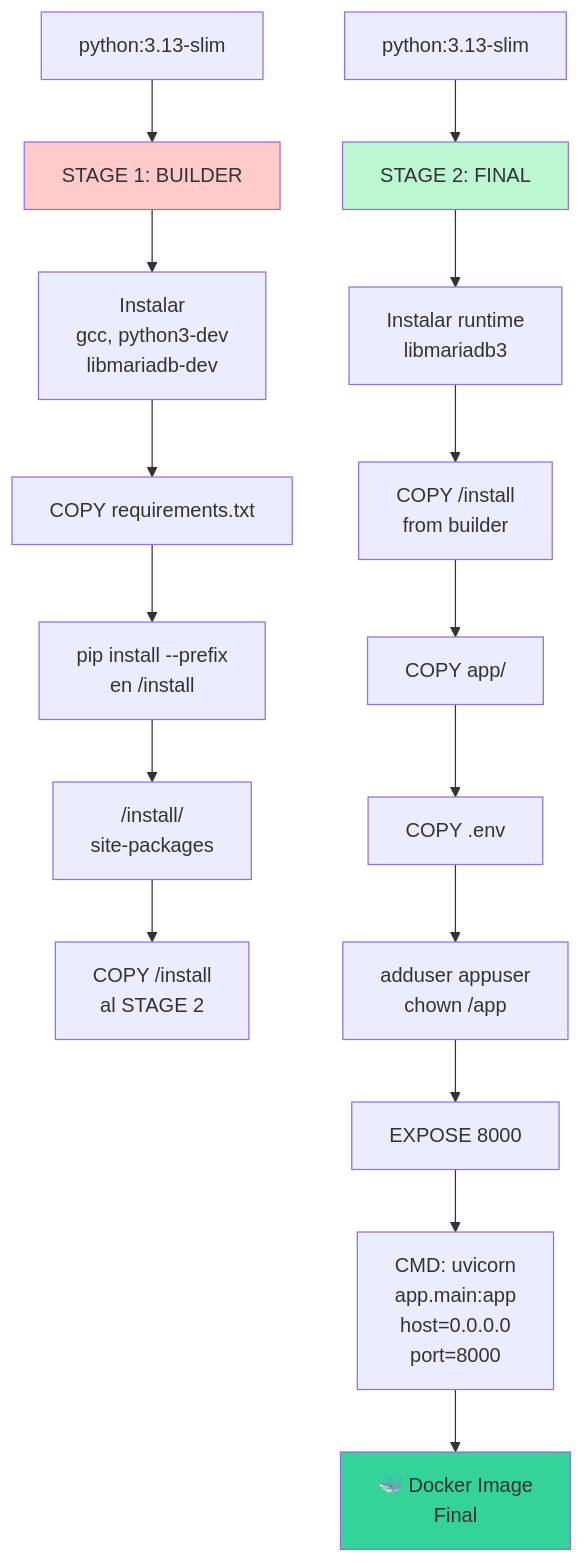
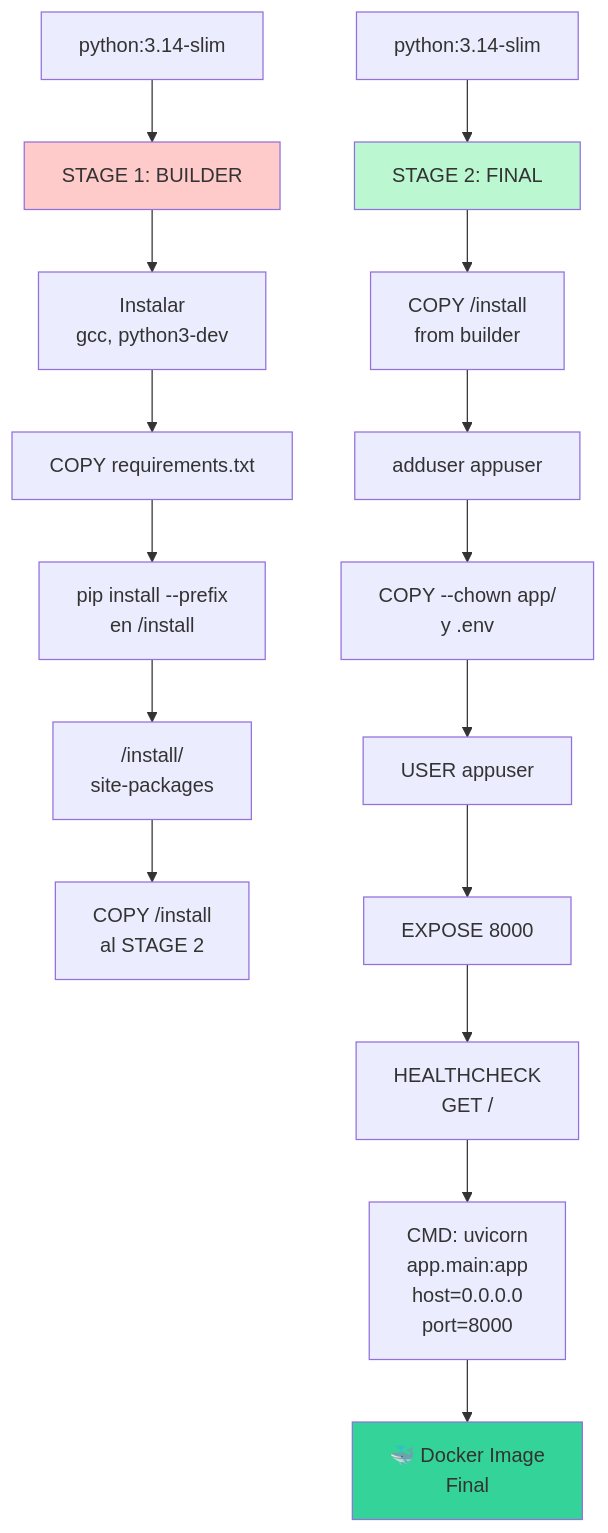
One commit to spentpark/backend-python changed the eighth of 9 diagrams in DIAGRAMAS_VISUALES.md. Above: the diagram before and after it, drawn with Mermaid. The commit also changed other lines of this file and 30 other files, not shown here.

````diff
--- a/DIAGRAMAS_VISUALES.md
+++ b/DIAGRAMAS_VISUALES.md
@@ -391,27 +391,27 @@
 ```mermaid
 graph TD
-    A["python:3.13-slim"] --> B["STAGE 1: BUILDER"]
+    A["python:3.14-slim"] --> B["STAGE 1: BUILDER"]
     
-    B --> C["Instalar<br/>gcc, python3-dev<br/>libmariadb-dev"]
+    B --> C["Instalar<br/>gcc, python3-dev"]
     C --> D["COPY requirements.txt"]
     D --> E["pip install --prefix<br/>en /install"]
     E --> F["/install/<br/>site-packages"]
     
     F --> G["COPY /install<br/>al STAGE 2"]
     
-    H["python:3.13-slim"] --> I["STAGE 2: FINAL"]
+    H["python:3.14-slim"] --> I["STAGE 2: FINAL"]
     
-    I --> J["Instalar runtime<br/>libmariadb3"]
-    J --> K["COPY /install<br/>from builder"]
-    K --> L["COPY app/"]
-    L --> M["COPY .env"]
-    M --> N["adduser appuser<br/>chown /app"]
-    N --> O["EXPOSE 8000"]
+    I --> J["COPY /install<br/>from builder"]
+    J --> K["adduser appuser"]
+    K --> L["COPY --chown app/<br/>y .env"]
+    L --> M["USER appuser"]
+    M --> N["EXPOSE 8000"]
+    N --> O["HEALTHCHECK<br/>GET /"]
     O --> P["CMD: uvicorn<br/>app.main:app<br/>host=0.0.0.0<br/>port=8000"]
     
     P --> Q["🐳 Docker Image<br/>Final"]
     
     style B fill:#fecaca
     style I fill:#bbf7d0
     style Q fill:#34d399
 ```
````
